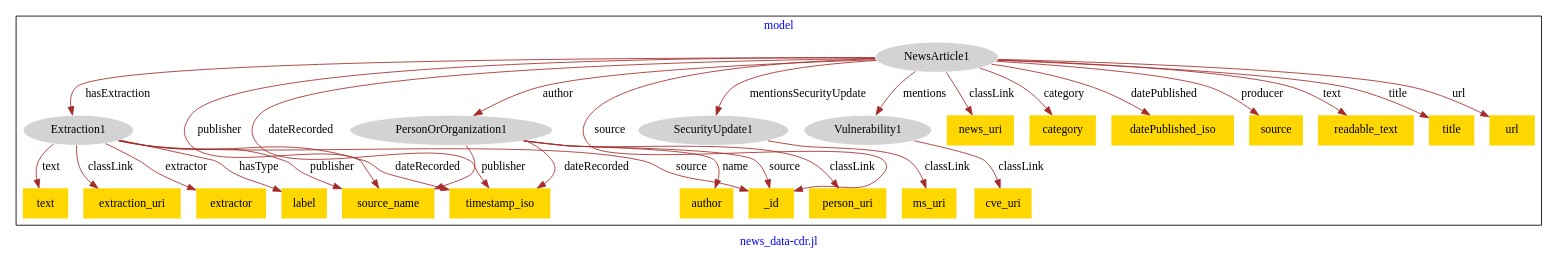
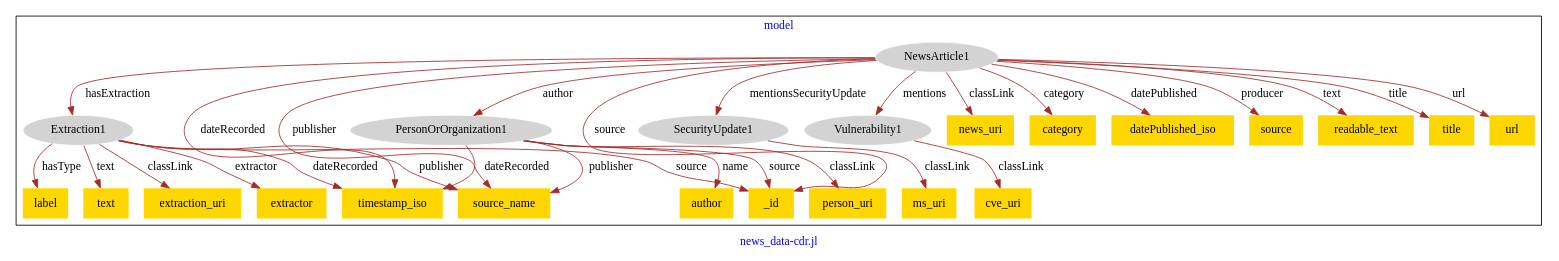
One commit to usc-isi-i2/effect-alignment changed the diagram in models/isi-news/news-model.dot. Above: the diagram before and after it, drawn with Graphviz.

Commit message:
Update file news-model.dot

```diff
--- a/models/isi-news/news-model.dot
+++ b/models/isi-news/news-model.dot
@@ -1,59 +1,59 @@
 digraph n0 {
 fontcolor="blue"
 remincross="true"
 label="news_data-cdr.jl"
 subgraph cluster {
 label="model"
 n2[style="filled",color="white",fillcolor="lightgray",label="Extraction1"];
 n3[shape="plaintext",style="filled",fillcolor="gold",label="extraction_uri"];
-n4[shape="plaintext",style="filled",fillcolor="gold",label="extractor"];
-n5[shape="plaintext",style="filled",fillcolor="gold",label="label"];
-n6[shape="plaintext",style="filled",fillcolor="gold",label="source_name"];
+n4[shape="plaintext",style="filled",fillcolor="gold",label="timestamp_iso"];
+n5[shape="plaintext",style="filled",fillcolor="gold",label="extractor"];
+n6[shape="plaintext",style="filled",fillcolor="gold",label="label"];
 n7[shape="plaintext",style="filled",fillcolor="gold",label="text"];
 n8[style="filled",color="white",fillcolor="lightgray",label="PersonOrOrganization1"];
 n9[shape="plaintext",style="filled",fillcolor="gold",label="person_uri"];
-n10[shape="plaintext",style="filled",fillcolor="gold",label="timestamp_iso"];
-n11[shape="plaintext",style="filled",fillcolor="gold",label="author"];
+n10[shape="plaintext",style="filled",fillcolor="gold",label="author"];
+n11[shape="plaintext",style="filled",fillcolor="gold",label="source_name"];
 n12[shape="plaintext",style="filled",fillcolor="gold",label="_id"];
 n13[style="filled",color="white",fillcolor="lightgray",label="SecurityUpdate1"];
 n14[shape="plaintext",style="filled",fillcolor="gold",label="ms_uri"];
 n15[style="filled",color="white",fillcolor="lightgray",label="Vulnerability1"];
 n16[shape="plaintext",style="filled",fillcolor="gold",label="cve_uri"];
 n17[style="filled",color="white",fillcolor="lightgray",label="NewsArticle1"];
 n18[shape="plaintext",style="filled",fillcolor="gold",label="news_uri"];
 n19[shape="plaintext",style="filled",fillcolor="gold",label="category"];
 n20[shape="plaintext",style="filled",fillcolor="gold",label="datePublished_iso"];
 n21[shape="plaintext",style="filled",fillcolor="gold",label="source"];
 n22[shape="plaintext",style="filled",fillcolor="gold",label="readable_text"];
 n23[shape="plaintext",style="filled",fillcolor="gold",label="title"];
 n24[shape="plaintext",style="filled",fillcolor="gold",label="url"];
 }
 n2 -> n3[color="brown",fontcolor="black",label="classLink"]
-n2 -> n4[color="brown",fontcolor="black",label="extractor"]
-n2 -> n5[color="brown",fontcolor="black",label="hasType"]
-n2 -> n6[color="brown",fontcolor="black",label="publisher"]
+n2 -> n4[color="brown",fontcolor="black",label="dateRecorded"]
+n2 -> n5[color="brown",fontcolor="black",label="extractor"]
+n2 -> n6[color="brown",fontcolor="black",label="hasType"]
 n2 -> n7[color="brown",fontcolor="black",label="text"]
 n8 -> n9[color="brown",fontcolor="black",label="classLink"]
-n8 -> n10[color="brown",fontcolor="black",label="dateRecorded"]
-n8 -> n11[color="brown",fontcolor="black",label="name"]
-n8 -> n6[color="brown",fontcolor="black",label="publisher"]
+n8 -> n4[color="brown",fontcolor="black",label="dateRecorded"]
+n8 -> n10[color="brown",fontcolor="black",label="name"]
+n8 -> n11[color="brown",fontcolor="black",label="publisher"]
 n8 -> n12[color="brown",fontcolor="black",label="source"]
 n13 -> n14[color="brown",fontcolor="black",label="classLink"]
 n15 -> n16[color="brown",fontcolor="black",label="classLink"]
 n17 -> n18[color="brown",fontcolor="black",label="classLink"]
+n17 -> n8[color="brown",fontcolor="black",label="author"]
 n17 -> n19[color="brown",fontcolor="black",label="category"]
 n17 -> n20[color="brown",fontcolor="black",label="datePublished"]
 n17 -> n21[color="brown",fontcolor="black",label="producer"]
-n17 -> n6[color="brown",fontcolor="black",label="publisher"]
 n17 -> n22[color="brown",fontcolor="black",label="text"]
 n17 -> n23[color="brown",fontcolor="black",label="title"]
 n17 -> n24[color="brown",fontcolor="black",label="url"]
-n17 -> n10[color="brown",fontcolor="black",label="dateRecorded"]
+n17 -> n4[color="brown",fontcolor="black",label="dateRecorded"]
+n17 -> n12[color="brown",fontcolor="black",label="source"]
 n2 -> n12[color="brown",fontcolor="black",label="source"]
-n17 -> n12[color="brown",fontcolor="black",label="source"]
 n17 -> n15[color="brown",fontcolor="black",label="mentions"]
 n17 -> n2[color="brown",fontcolor="black",label="hasExtraction"]
+n17 -> n11[color="brown",fontcolor="black",label="publisher"]
+n2 -> n11[color="brown",fontcolor="black",label="publisher"]
 n17 -> n13[color="brown",fontcolor="black",label="mentionsSecurityUpdate"]
-n17 -> n8[color="brown",fontcolor="black",label="author"]
-n2 -> n10[color="brown",fontcolor="black",label="dateRecorded"]
 }
```
